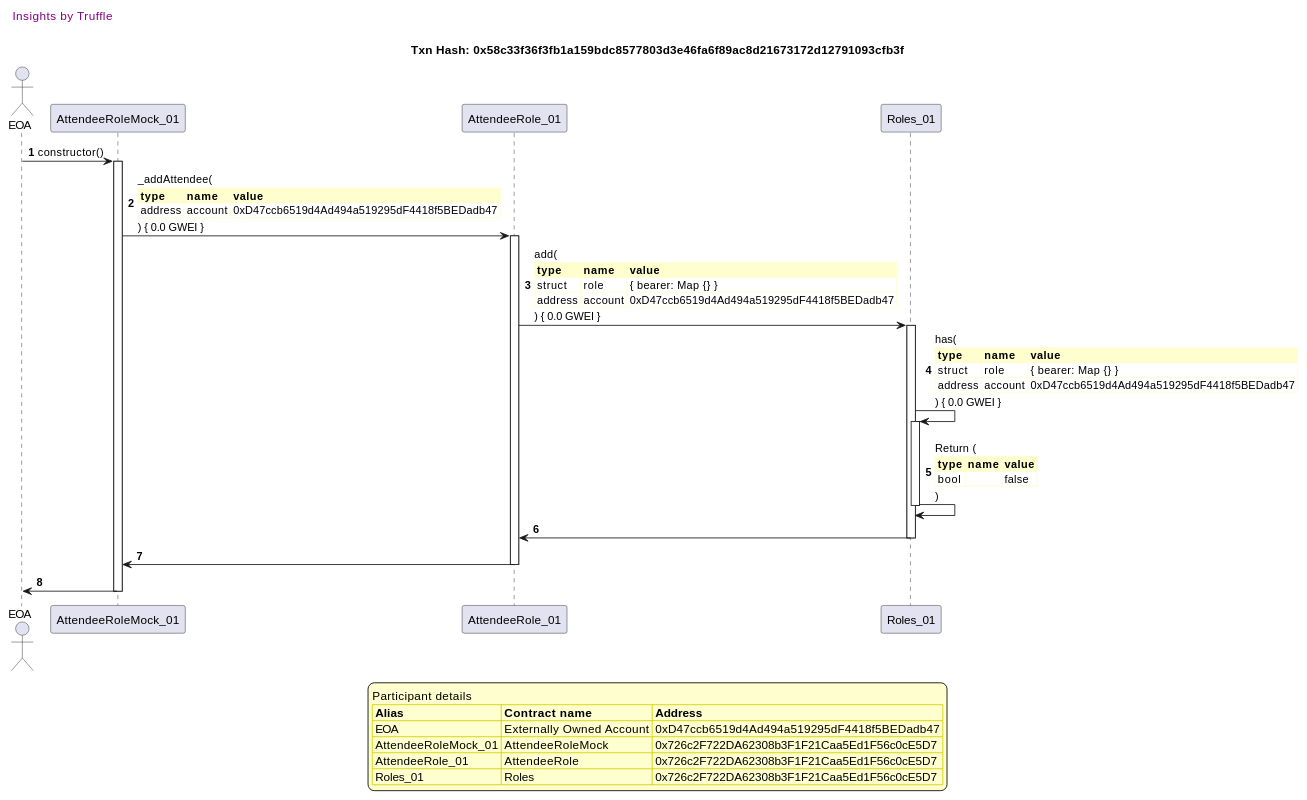
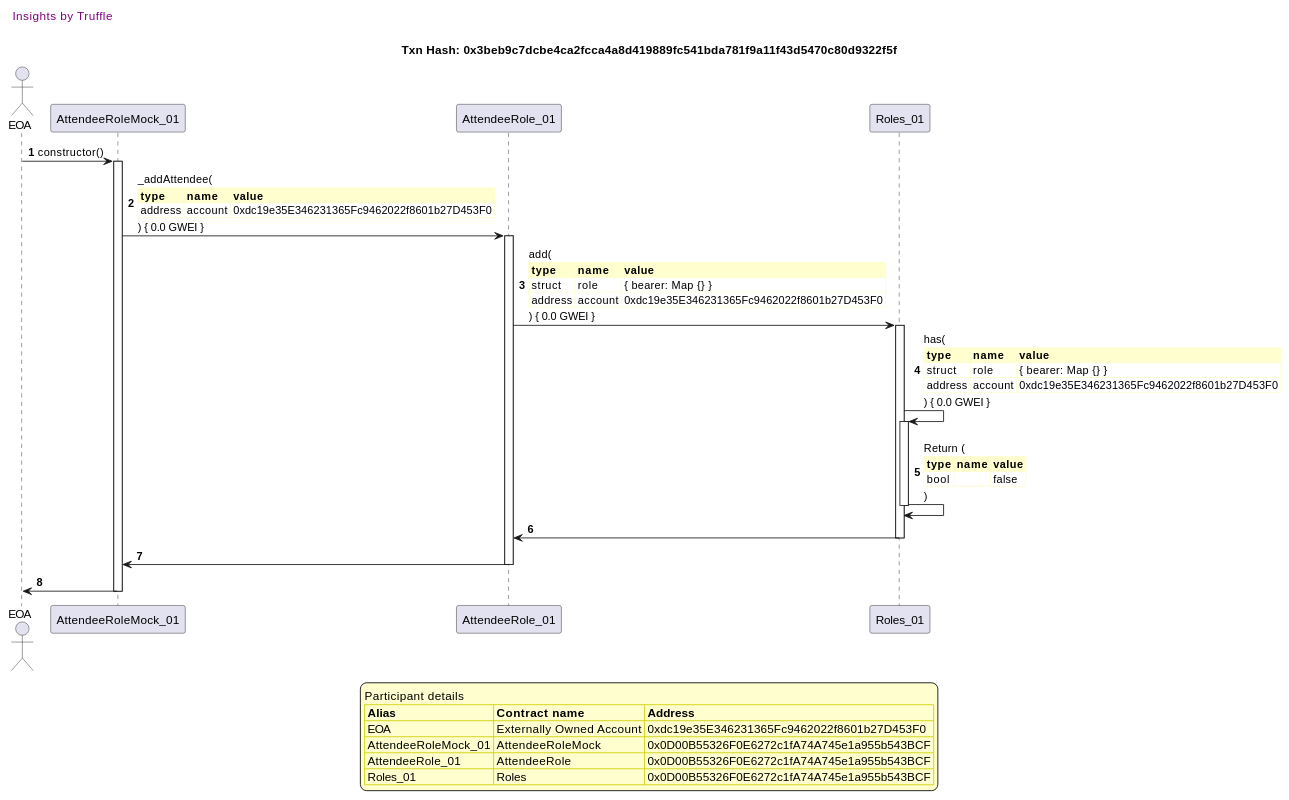
One commit to fodisi/hackapay changed diagram 12 of 41 in truffle-seq/roles_attendeerole.md. Above: the diagram before and after it, drawn with PlantUML. The commit also changed other lines of this file and 10 other files, not shown here.

````diff
--- a/truffle-seq/roles_attendeerole.md
+++ b/truffle-seq/roles_attendeerole.md
@@ -895,61 +895,61 @@
 ```plantuml
 
 
 @startuml
 
 autonumber
 skinparam legendBackgroundColor #FEFECE
 
 <style>
       header {
         HorizontalAlignment left
         FontColor purple
         FontSize 14
         Padding 10
       }
     </style>
 
 header Insights by Truffle
 
-title Txn Hash: 0x58c33f36f3fb1a159bdc8577803d3e46fa6f89ac8d21673172d12791093cfb3f
+title Txn Hash: 0x3beb9c7dcbe4ca2fcca4a8d419889fc541bda781f9a11f43d5470c80d9322f5f
 
 
 actor EOA as "EOA"
 participant AttendeeRoleMock_01 as "AttendeeRoleMock_01"
 participant AttendeeRole_01 as "AttendeeRole_01"
 participant Roles_01 as "Roles_01"
 
 "EOA" -> "AttendeeRoleMock_01" ++: constructor()
 "AttendeeRoleMock_01" -> "AttendeeRole_01" ++: _addAttendee(\n\
 <#FEFECE,#FEFECE>|= type |= name |= value |\n\
-| address | account | 0xD47ccb6519d4Ad494a519295dF4418f5BEDadb47 |\n\
+| address | account | 0xdc19e35E346231365Fc9462022f8601b27D453F0 |\n\
 ) { 0.0 GWEI }
 "AttendeeRole_01" -> "Roles_01" ++: add(\n\
 <#FEFECE,#FEFECE>|= type |= name |= value |\n\
 | struct | role | { bearer: Map {} } |\n\
-| address | account | 0xD47ccb6519d4Ad494a519295dF4418f5BEDadb47 |\n\
+| address | account | 0xdc19e35E346231365Fc9462022f8601b27D453F0 |\n\
 ) { 0.0 GWEI }
 "Roles_01" -> "Roles_01" ++: has(\n\
 <#FEFECE,#FEFECE>|= type |= name |= value |\n\
 | struct | role | { bearer: Map {} } |\n\
-| address | account | 0xD47ccb6519d4Ad494a519295dF4418f5BEDadb47 |\n\
+| address | account | 0xdc19e35E346231365Fc9462022f8601b27D453F0 |\n\
 ) { 0.0 GWEI }
 "Roles_01" -> "Roles_01" --: Return (\n\
 <#FEFECE,#FEFECE>|= type |= name |= value |\n\
 | bool |  | false |\n\
 )
 "Roles_01" -> "AttendeeRole_01" --: 
 "AttendeeRole_01" -> "AttendeeRoleMock_01" --: 
 "AttendeeRoleMock_01" -> "EOA" --: 
 
 legend
 Participant details
 <#FEFECE,#D0D000>|= Alias |= Contract name |= Address |
-<#FEFECE>| EOA | Externally Owned Account | 0xD47ccb6519d4Ad494a519295dF4418f5BEDadb47 |
-<#FEFECE>| AttendeeRoleMock_01 | AttendeeRoleMock | 0x726c2F722DA62308b3F1F21Caa5Ed1F56c0cE5D7 |
-<#FEFECE>| AttendeeRole_01 | AttendeeRole | 0x726c2F722DA62308b3F1F21Caa5Ed1F56c0cE5D7 |
-<#FEFECE>| Roles_01 | Roles | 0x726c2F722DA62308b3F1F21Caa5Ed1F56c0cE5D7 |
+<#FEFECE>| EOA | Externally Owned Account | 0xdc19e35E346231365Fc9462022f8601b27D453F0 |
+<#FEFECE>| AttendeeRoleMock_01 | AttendeeRoleMock | 0x0D00B55326F0E6272c1fA74A745e1a955b543BCF |
+<#FEFECE>| AttendeeRole_01 | AttendeeRole | 0x0D00B55326F0E6272c1fA74A745e1a955b543BCF |
+<#FEFECE>| Roles_01 | Roles | 0x0D00B55326F0E6272c1fA74A745e1a955b543BCF |
 endlegend
 
 @enduml
 ```
````
